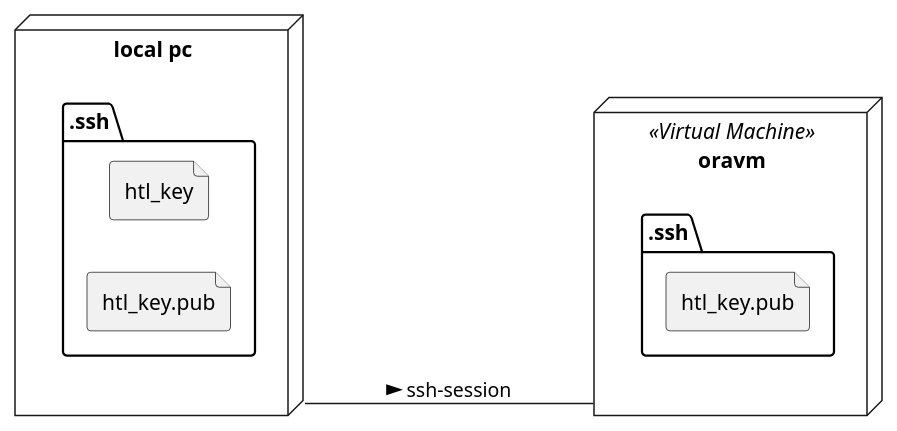
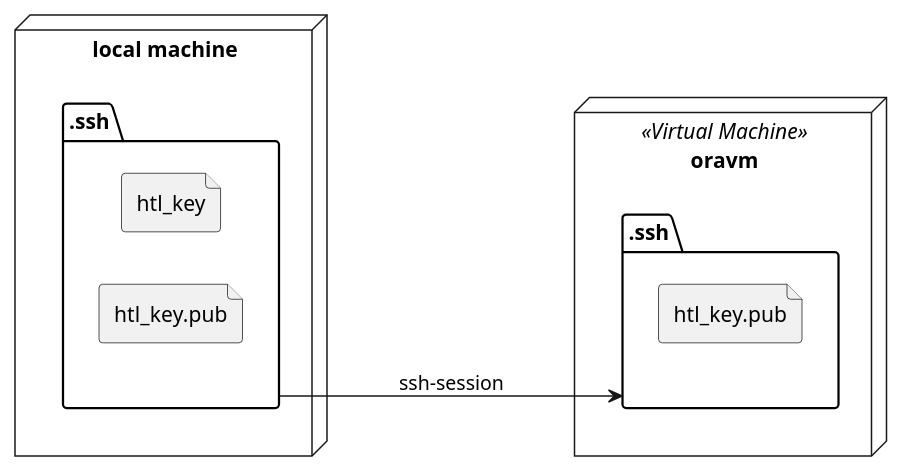
The diagram in asciidocs/create-oravm.adoc (htl-leonding-college/quarkus-jar-gh-actions-demo), drawn with PlantUML before and after one commit.

Commit message:
update overview diagram

```diff
--- a/asciidocs/create-oravm.adoc
+++ b/asciidocs/create-oravm.adoc
@@ -23,20 +23,20 @@
 [plantuml,ssh-overview,png]
 ----
 @startuml
 left to right direction
-node "local pc" as localpc {
+node "local machine" as localpc {
   folder ".ssh" as sshlocal {
     file htl_key
     file htl_key.pub
   }
 }
 
 node oravm <<Virtual Machine>> {
   folder ".ssh" as sshremote {
     file "htl_key.pub" as remotepub
   }
 }
 
-localpc --- oravm: ssh-session >
+sshlocal ---> sshremote: ssh-session
 @enduml
 ----
```
